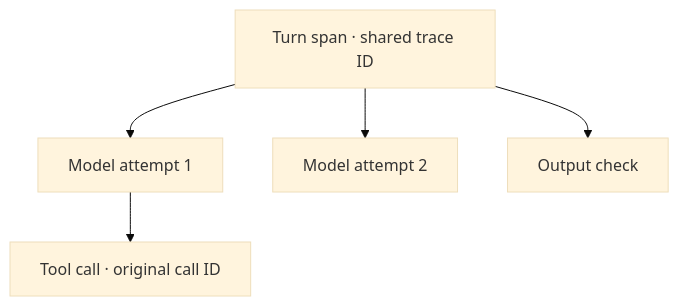
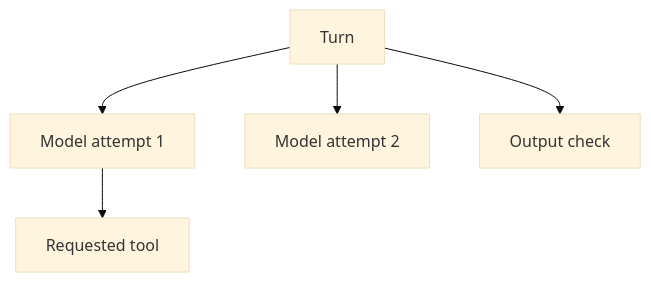
The diagram in docs/tracing.md (jingyufanclub/small-hour), drawn with Mermaid (base theme) before and after one commit. The commit also changed other lines of this file and 20 other files, not shown here.

````diff
--- a/docs/tracing.md
+++ b/docs/tracing.md
@@ -7,9 +30,9 @@
 ```mermaid
 flowchart TD
-    accTitle: Trace identity through a tool exchange
-    accDescr: One trace ID joins a turn, its model attempts, tool calls and output check. Each operation has a distinct span ID. A requested tool is a child of the model attempt that requested it.
-    turn["Turn span · shared trace ID"] --> first["Model attempt 1"]
-    first --> tool["Tool call · original call ID"]
+    accTitle: One trace across several operations
+    accDescr: Model attempts, requested tools, and output checks share a trace ID but have separate span IDs.
+    turn["Turn"] --> first["Model attempt 1"]
+    first --> tool["Requested tool"]
     turn --> second["Model attempt 2"]
     turn --> check["Output check"]
 ```
````
